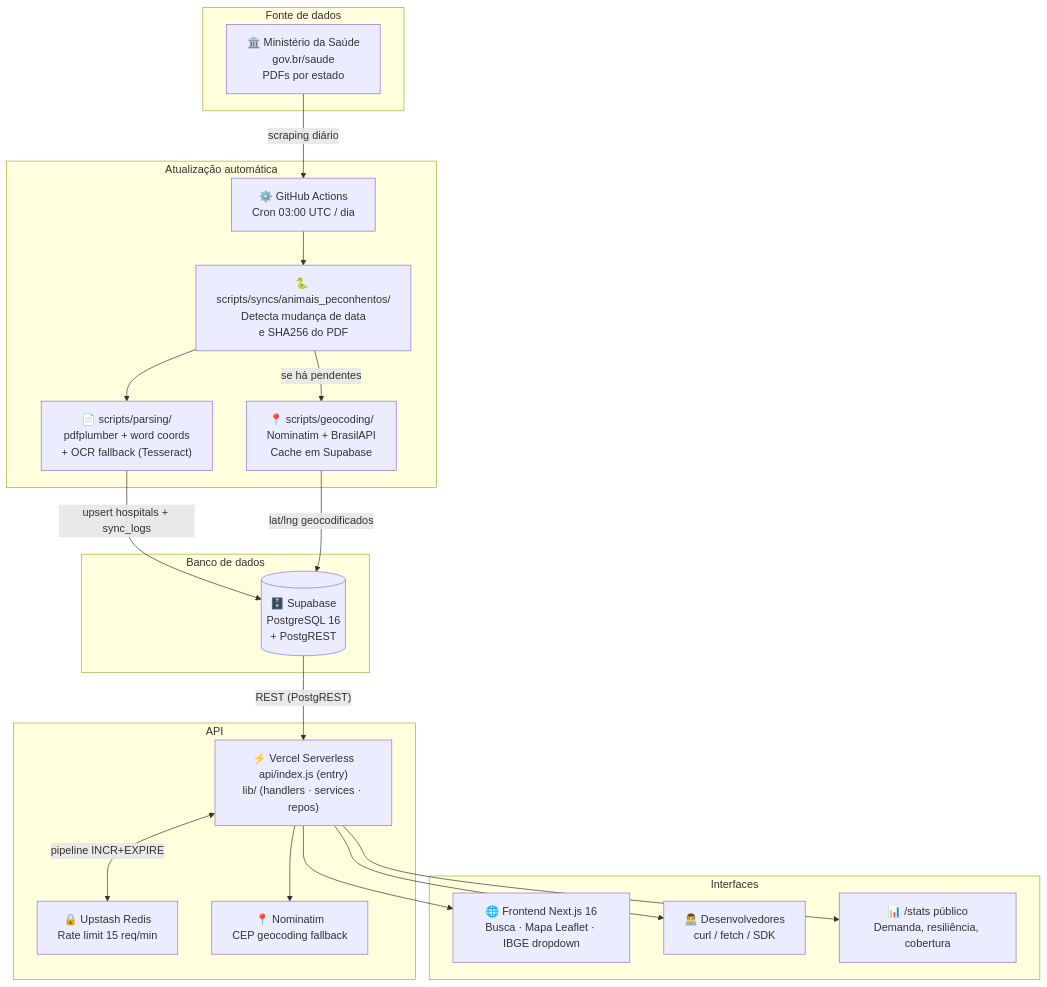
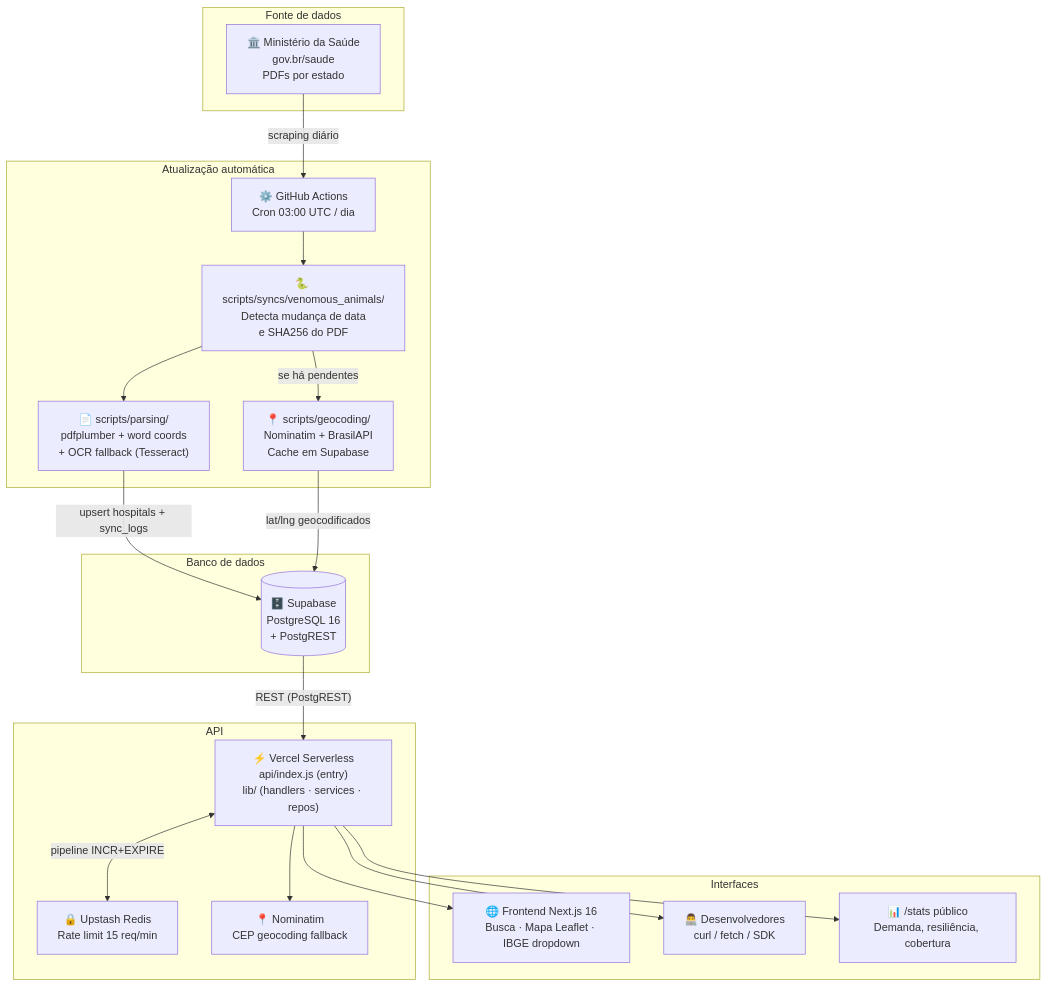
One commit to Codar-Sistemas/hospitais-referencia-api changed the first of 5 diagrams in README.md. Above: the diagram before and after it, drawn with Mermaid. The commit also changed other lines of this file and 17 other files, not shown here.

````diff
--- a/README.md
+++ b/README.md
@@ -41,43 +41,43 @@
 ```mermaid
 graph TB
     subgraph "Fonte de dados"
         MS["🏛️ Ministério da Saúde<br/>gov.br/saude<br/>PDFs por estado"]
     end
 
     subgraph "Atualização automática"
         GHA["⚙️ GitHub Actions<br/>Cron 03:00 UTC / dia"]
-        SYNC["🐍 scripts/syncs/animais_peconhentos/<br/>Detecta mudança de data<br/>e SHA256 do PDF"]
+        SYNC["🐍 scripts/syncs/venomous_animals/<br/>Detecta mudança de data<br/>e SHA256 do PDF"]
         PARSER["📄 scripts/parsing/<br/>pdfplumber + word coords<br/>+ OCR fallback (Tesseract)"]
         GEO["📍 scripts/geocoding/<br/>Nominatim + BrasilAPI<br/>Cache em Supabase"]
     end
 
     subgraph "Banco de dados"
         SB[("🗄️ Supabase<br/>PostgreSQL 16<br/>+ PostgREST")]
     end
 
     subgraph "API"
         VR["⚡ Vercel Serverless<br/>api/index.js (entry)<br/>lib/ (handlers · services · repos)"]
         RL["🔒 Upstash Redis<br/>Rate limit 15 req/min"]
         NOM["📍 Nominatim<br/>CEP geocoding fallback"]
     end
 
     subgraph "Interfaces"
         WEB["🌐 Frontend Next.js 16<br/>Busca · Mapa Leaflet · IBGE dropdown"]
         DEV["👨‍💻 Desenvolvedores<br/>curl / fetch / SDK"]
         STATS["📊 /stats público<br/>Demanda, resiliência, cobertura"]
     end
 
     MS -->|"scraping diário"| GHA
     GHA --> SYNC
     SYNC --> PARSER
     PARSER -->|"upsert hospitals + sync_logs"| SB
     SYNC -->|"se há pendentes"| GEO
     GEO -->|"lat/lng geocodificados"| SB
 
     SB -->|"REST (PostgREST)"| VR
     VR --> NOM
     VR <-->|"pipeline INCR+EXPIRE"| RL
     VR --> WEB
     VR --> DEV
     VR --> STATS
 ```
````
